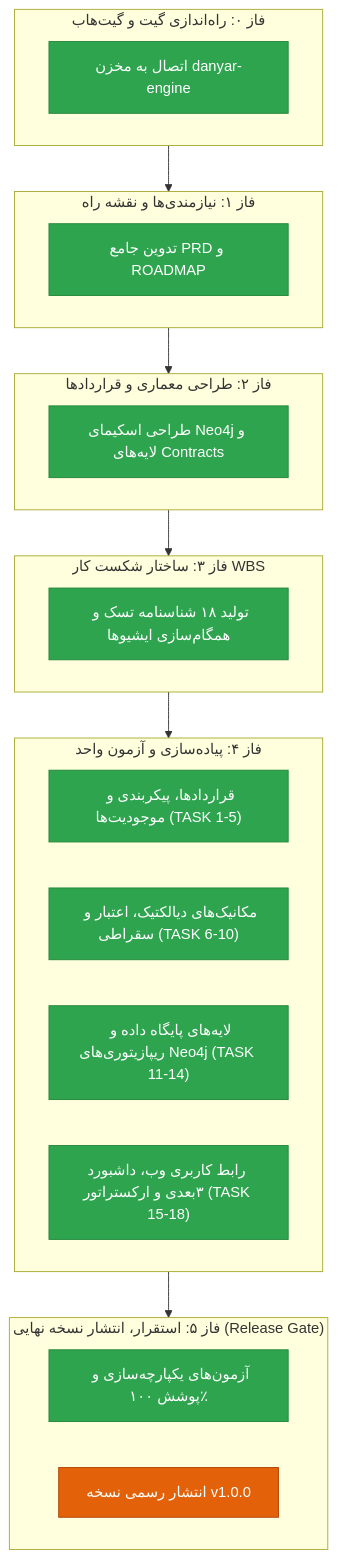
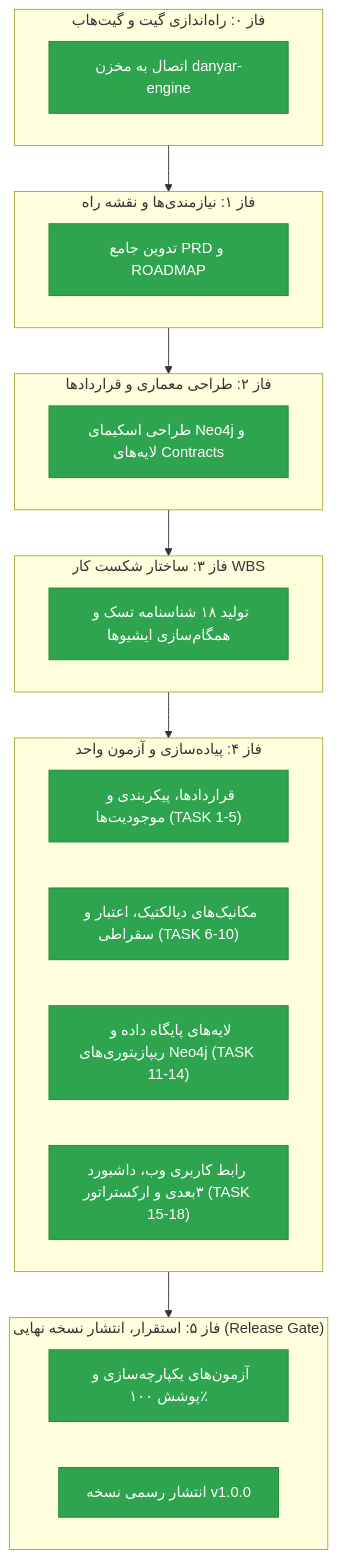
The second of 2 diagrams in specs/ROADMAP.md (Armin-MA/danyar-engine), drawn with Mermaid before and after one commit. The commit also changed other lines of this file, not shown here.

Commit message:
docs(roadmap): mark Milestone 5 and Phase 5 release gate completed

````diff
--- a/specs/ROADMAP.md
+++ b/specs/ROADMAP.md
@@ -42,36 +42,36 @@
 ```mermaid
 flowchart TD
     classDef done fill:#2ea44f,stroke:#22863a,color:#fff
     classDef active fill:#e36209,stroke:#b04100,color:#fff
     classDef pending fill:#6a737d,stroke:#444d56,color:#fff
 
     subgraph Phase0["فاز ۰: راه‌اندازی گیت و گیت‌هاب"]
         G0["اتصال به مخزن danyar-engine"]:::done
     end
 
     subgraph Phase1["فاز ۱: نیازمندی‌ها و نقشه راه"]
         P1["تدوین جامع PRD و ROADMAP"]:::done
     end
 
     subgraph Phase2["فاز ۲: طراحی معماری و قراردادها"]
         P2["طراحی اسکیمای Neo4j و لایه‌های Contracts"]:::done
     end
 
     subgraph Phase3["فاز ۳: ساختار شکست کار WBS"]
         P3["تولید ۱۸ شناسنامه تسک و همگام‌سازی ایشیوها"]:::done
     end
 
     subgraph Phase4["فاز ۴: پیاده‌سازی و آزمون واحد"]
         T1["قراردادها، پیکربندی و موجودیت‌ها (TASK 1-5)"]:::done
         T2["مکانیک‌های دیالکتیک، اعتبار و سقراطی (TASK 6-10)"]:::done
         T3["لایه‌های پایگاه داده و ریپازیتوری‌های Neo4j (TASK 11-14)"]:::done
         T4["رابط کاربری وب، داشبورد ۳بعدی و ارکستراتور (TASK 15-18)"]:::done
     end
 
     subgraph Phase5["فاز ۵: استقرار، انتشار نسخه نهایی (Release Gate)"]
         R1["آزمون‌های یکپارچه‌سازی و پوشش ۱۰۰٪"]:::done
-        R2["انتشار رسمی نسخه v1.0.0"]:::active
+        R2["انتشار رسمی نسخه v1.0.0"]:::done
     end
 
     Phase0 --> Phase1 --> Phase2 --> Phase3 --> Phase4 --> Phase5
 ```
````
